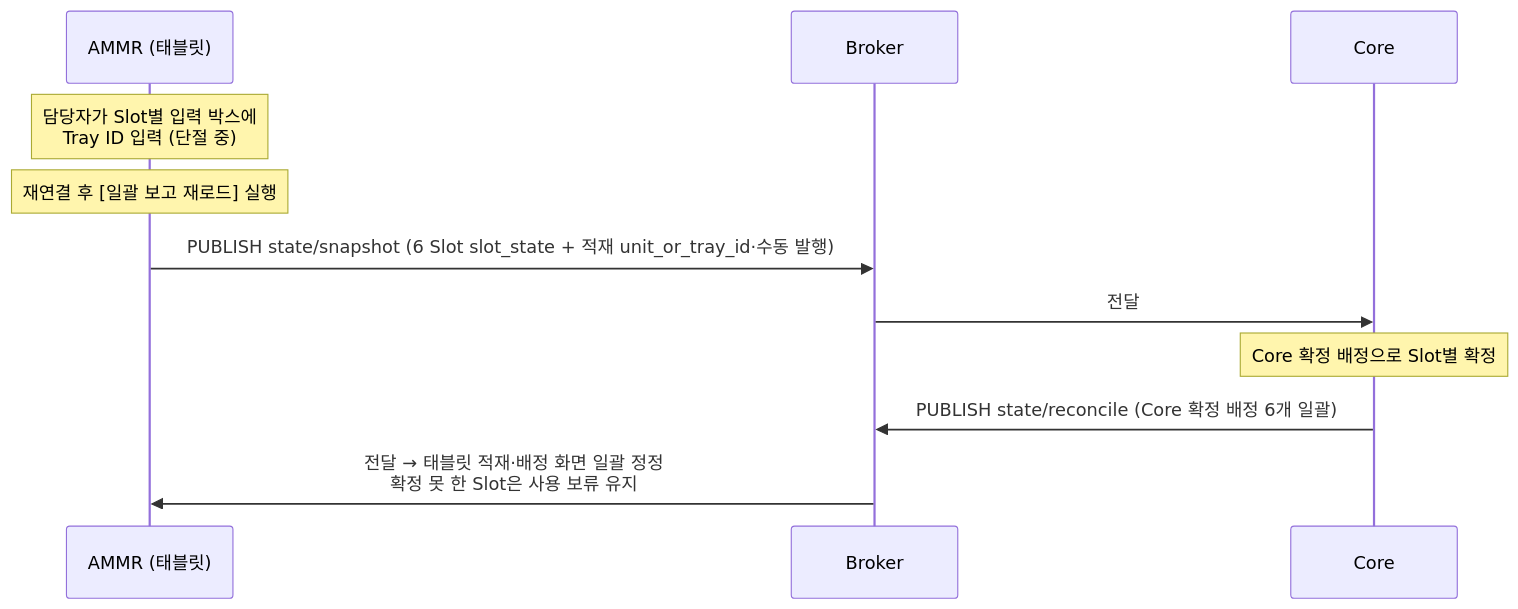
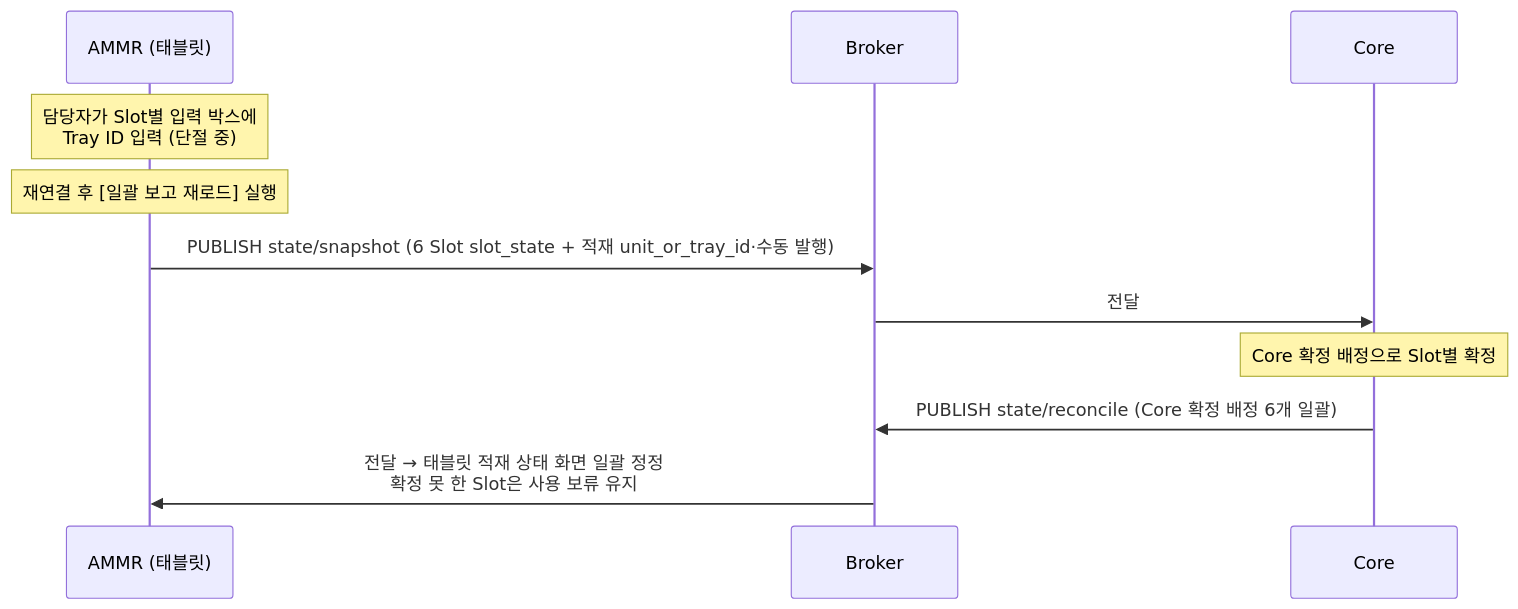
Before and after one commit to kimminsu0315/Core-Docs: the tenth of 15 diagrams in docs/out/Core_ICD_AMMR.md, drawn with Mermaid. The commit also changed other lines of this file and 6 other files, not shown here.

````diff
--- a/docs/out/Core_ICD_AMMR.md
+++ b/docs/out/Core_ICD_AMMR.md
@@ -1582,14 +1582,14 @@
 ```mermaid
 sequenceDiagram
     participant A as AMMR (태블릿)
     participant B as Broker
     participant C as Core
 
     Note over A: 담당자가 Slot별 입력 박스에<br/>Tray ID 입력 (단절 중)
     Note over A: 재연결 후 [일괄 보고 재로드] 실행
     A->>B: PUBLISH state/snapshot (6 Slot slot_state + 적재 unit_or_tray_id·수동 발행)
     B->>C: 전달
     Note over C: Core 확정 배정으로 Slot별 확정
     C->>B: PUBLISH state/reconcile (Core 확정 배정 6개 일괄)
-    B->>A: 전달 → 태블릿 적재·배정 화면 일괄 정정<br/>확정 못 한 Slot은 사용 보류 유지
+    B->>A: 전달 → 태블릿 적재 상태 화면 일괄 정정<br/>확정 못 한 Slot은 사용 보류 유지
 ```
````
